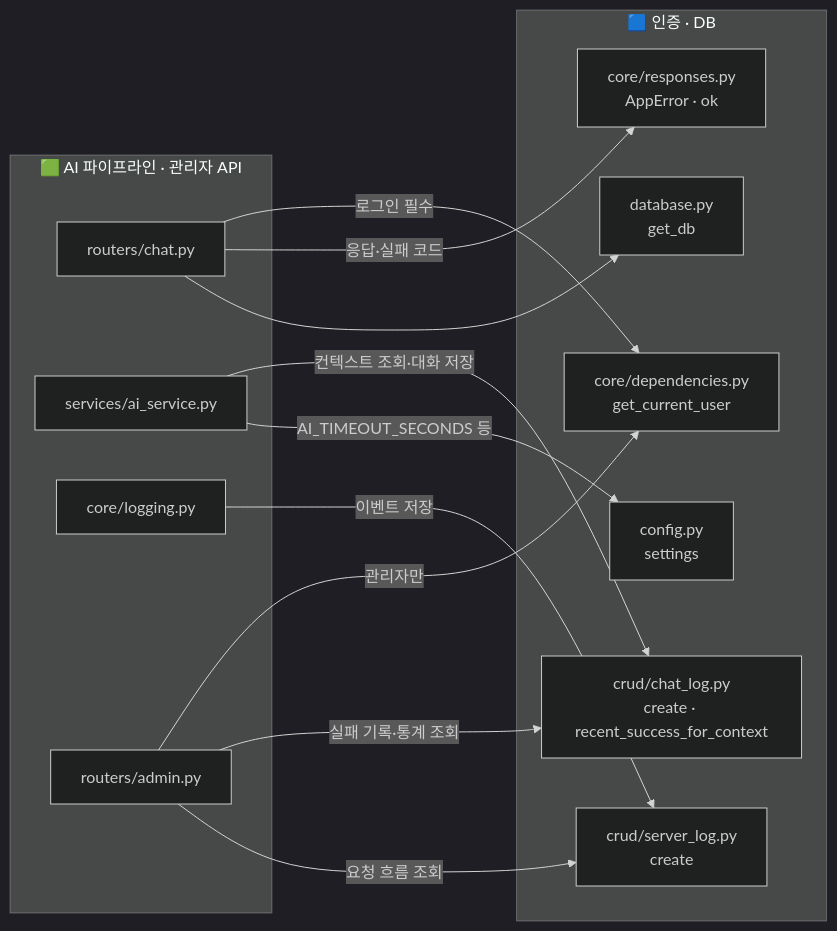
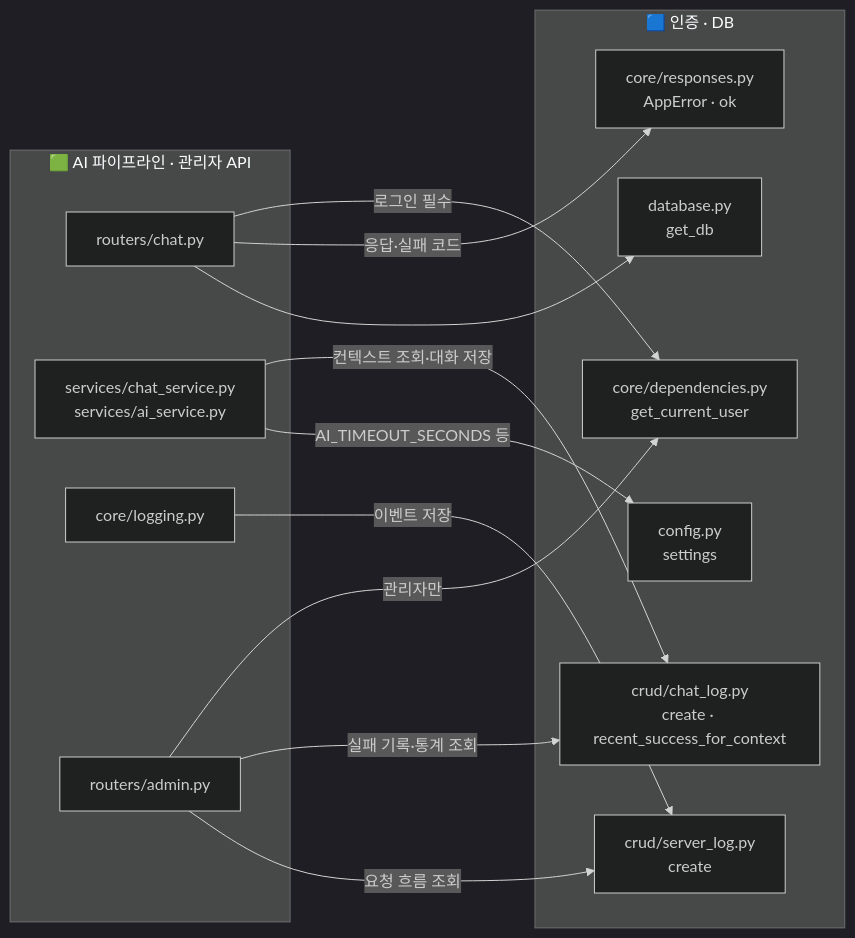
The diagram in backend/README.md (b7-1-chatbot-team/B7-1-chatbot), drawn with Mermaid (dark theme) before and after one commit. The commit also changed other lines of this file, not shown here.

````diff
--- a/backend/README.md
+++ b/backend/README.md
@@ -122,26 +125,26 @@
 ```mermaid
 flowchart LR
     subgraph AITRACK["🟩 AI 파이프라인 · 관리자 API"]
         CH[routers/chat.py]
-        AI[services/ai_service.py]
+        AI[services/chat_service.py<br/>services/ai_service.py]
         LG[core/logging.py]
         AD[routers/admin.py]
     end
     subgraph AUTHTRACK["🟦 인증 · DB"]
         DEP[core/dependencies.py<br/>get_current_user]
         RESP[core/responses.py<br/>AppError · ok]
         CR[crud/chat_log.py<br/>create · recent_success_for_context]
         SL[crud/server_log.py<br/>create]
         CFG[config.py<br/>settings]
         DB[database.py<br/>get_db]
     end
     CH -->|로그인 필수| DEP
     CH -->|응답·실패 코드| RESP
     CH --> DB
     AI -->|컨텍스트 조회·대화 저장| CR
     AI -->|AI_TIMEOUT_SECONDS 등| CFG
     LG -->|이벤트 저장| SL
     AD -->|관리자만| DEP
     AD -->|실패 기록·통계 조회| CR
     AD -->|요청 흐름 조회| SL
 ```
````
